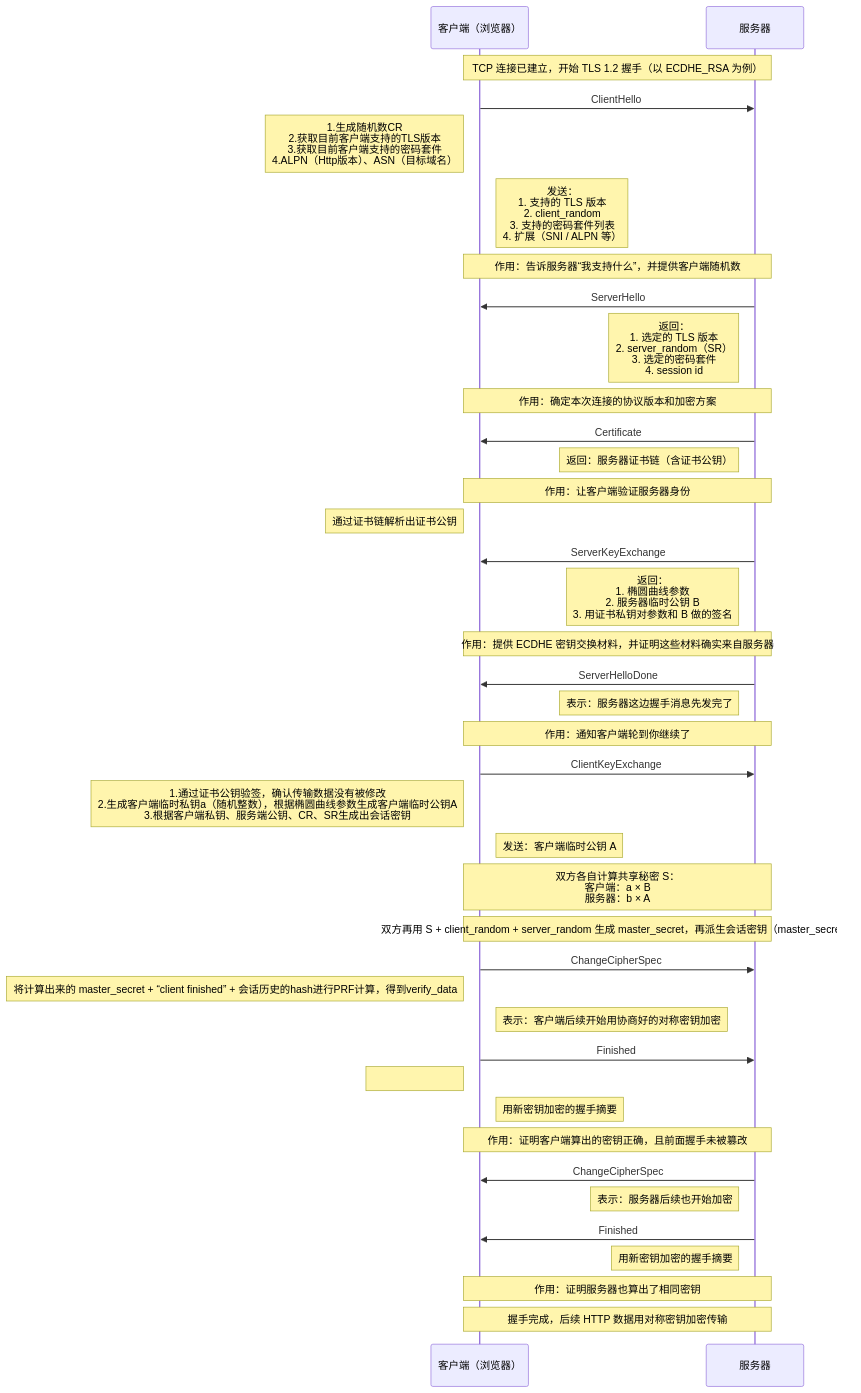
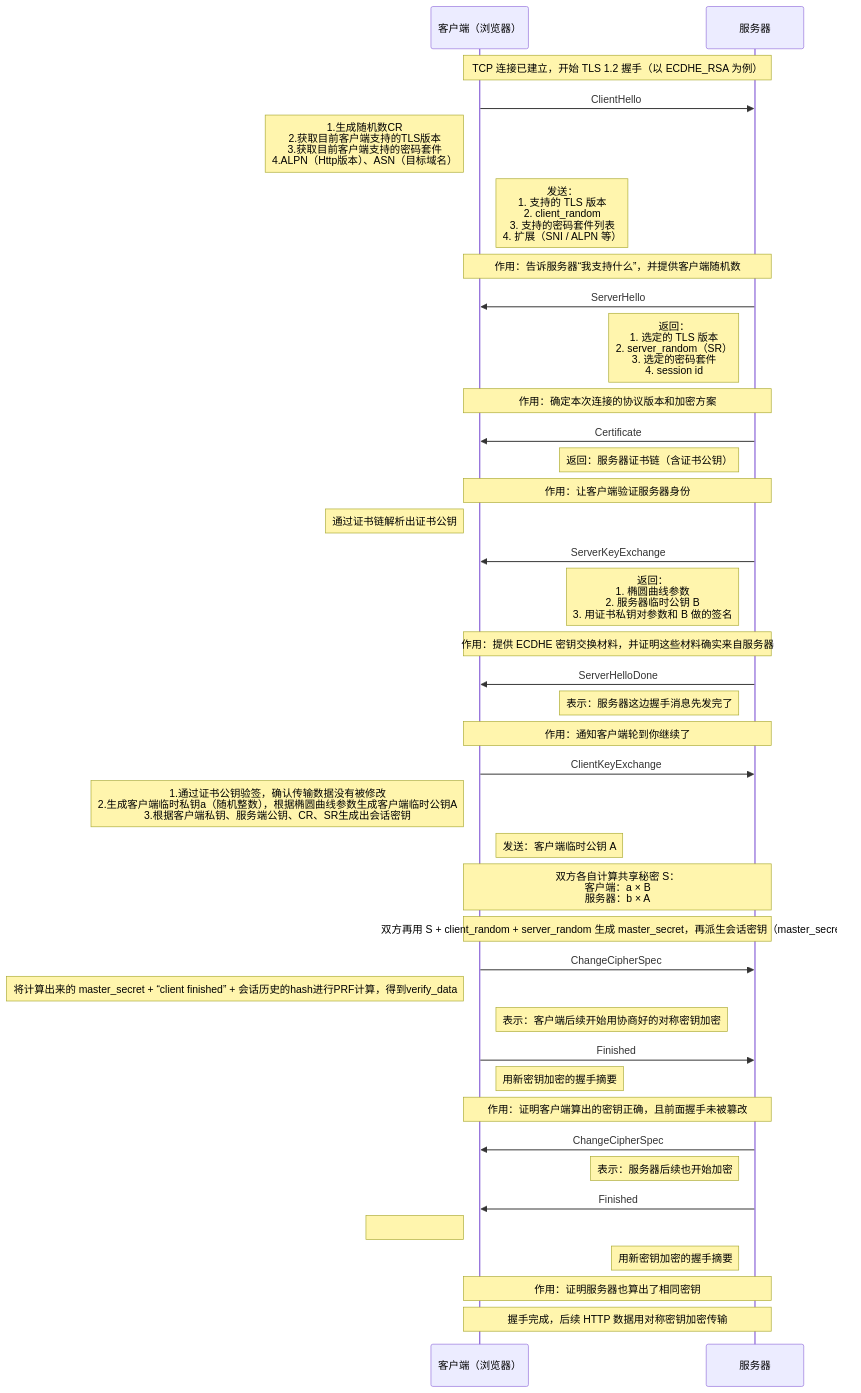
The diagram in all/TLS-1.2-ECDHE.md (HY-10-8/iodraw-files), drawn with Mermaid before and after one commit. The commit also changed other lines of this file, not shown here.

````diff
--- a/all/TLS-1.2-ECDHE.md
+++ b/all/TLS-1.2-ECDHE.md
@@ -1,54 +1,54 @@
 ```mermaid
 sequenceDiagram
     participant C as 客户端（浏览器）
     participant S as 服务器
 
     Note over C,S: TCP 连接已建立，开始 TLS 1.2 握手（以 ECDHE_RSA 为例）
 
     C->>S: ClientHello
     Note left of C: 1.生成随机数CR<br/> 2.获取目前客户端支持的TLS版本<br/> 3.获取目前客户端支持的密码套件<br/> 4.ALPN（Http版本）、ASN（目标域名）
     Note right of C: 发送：<br/>1. 支持的 TLS 版本<br/>2. client_random<br/>3. 支持的密码套件列表<br/>4. 扩展（SNI / ALPN 等）
     Note over C,S: 作用：告诉服务器“我支持什么”，并提供客户端随机数
 
     S->>C: ServerHello
     Note left of S: 返回：<br/>1. 选定的 TLS 版本<br/>2. server_random（SR）<br/>3. 选定的密码套件<br/>4. session id
     Note over C,S: 作用：确定本次连接的协议版本和加密方案
 
     S->>C: Certificate
     Note left of S: 返回：服务器证书链（含证书公钥）
     Note over C,S: 作用：让客户端验证服务器身份
     Note left of C: 通过证书链解析出证书公钥
 
     S->>C: ServerKeyExchange
     Note left of S: 返回：<br/>1. 椭圆曲线参数<br/>2. 服务器临时公钥 B<br/>3. 用证书私钥对参数和 B 做的签名
     Note over C,S: 作用：提供 ECDHE 密钥交换材料，并证明这些材料确实来自服务器
 
     S->>C: ServerHelloDone
     Note left of S: 表示：服务器这边握手消息先发完了
     Note over C,S: 作用：通知客户端轮到你继续了
 
     C->>S: ClientKeyExchange
     Note left of C: 1.通过证书公钥验签，确认传输数据没有被修改<br/> 2.生成客户端临时私钥a（随机整数），根据椭圆曲线参数生成客户端临时公钥A<br/> 3.根据客户端私钥、服务端公钥、CR、SR生成出会话密钥
     Note right of C: 发送：客户端临时公钥 A
     Note over C,S: 双方各自计算共享秘密 S：<br/>客户端：a × B<br/>服务器：b × A
 
     Note over C,S: 双方再用 S + client_random + server_random 生成 master_secret，再派生会话密钥（master_secret）
 
     C->>S: ChangeCipherSpec
     Note left of C: 将计算出来的 master_secret + “client finished” + 会话历史的hash进行PRF计算，得到verify_data
     Note right of C: 表示：客户端后续开始用协商好的对称密钥加密
 
     C->>S: Finished
-    Note left of C: 
     Note right of C: 用新密钥加密的握手摘要
     Note over C,S: 作用：证明客户端算出的密钥正确，且前面握手未被篡改
 
     S->>C: ChangeCipherSpec
     Note left of S: 表示：服务器后续也开始加密
 
     S->>C: Finished
+    Note left of C: 
     Note left of S: 用新密钥加密的握手摘要
     Note over C,S: 作用：证明服务器也算出了相同密钥
 
     Note over C,S: 握手完成，后续 HTTP 数据用对称密钥加密传输
 ```
````
